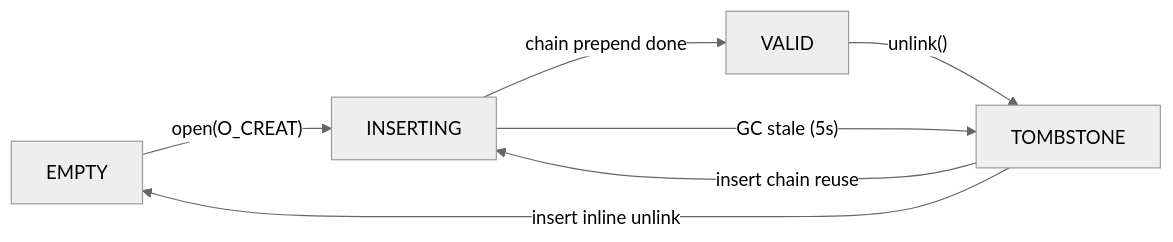
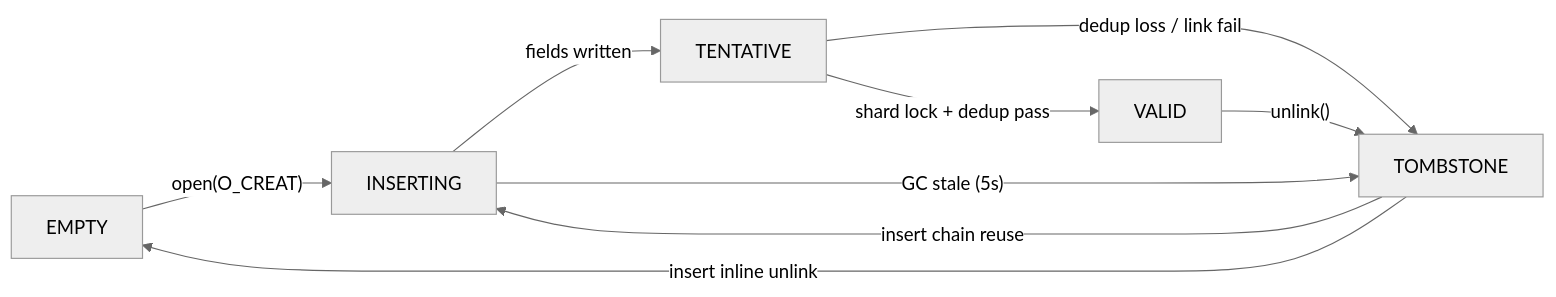
The first of 3 diagrams in marufs_kernel/docs/2_arch_entry_lifecycle.md (seohui-XCENA/maru), drawn with Mermaid (neutral theme) before and after one commit. The commit also changed other lines of this file and 9 other files, not shown here.

````diff
--- a/marufs_kernel/docs/2_arch_entry_lifecycle.md
+++ b/marufs_kernel/docs/2_arch_entry_lifecycle.md
@@ -25,9 +25,11 @@
 ```mermaid
 flowchart LR
     EMPTY -->|"open(O_CREAT)"| INSERTING
-    INSERTING -->|"chain prepend done"| VALID
+    INSERTING -->|"fields written"| TENTATIVE
+    TENTATIVE -->|"shard lock + dedup pass"| VALID
+    TENTATIVE -->|"dedup loss / link fail"| TOMBSTONE
     VALID -->|"unlink()"| TOMBSTONE
     INSERTING -->|"GC stale (5s)"| TOMBSTONE
     TOMBSTONE -->|"insert chain reuse"| INSERTING
     TOMBSTONE -->|"insert inline unlink"| EMPTY
 ```
````
